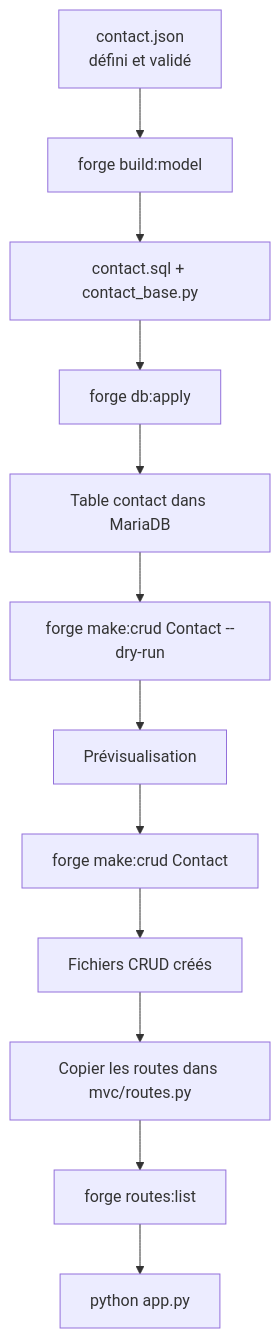
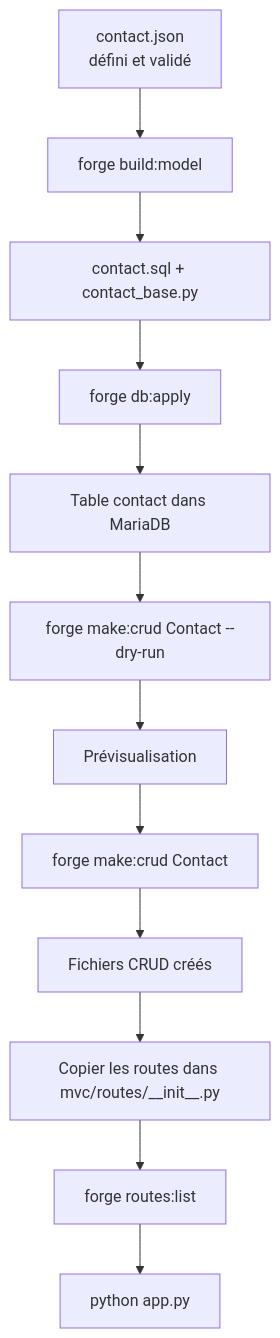
The diagram in docs/features/crud.md (caucrogeGit/Forge), drawn with Mermaid before and after one commit. The commit also changed other lines of this file and 50 other files, not shown here.

First line of the commit message:
docs: migrer les références mvc/routes.py vers mvc/routes/__init__.py (ADR-068)

````diff
--- a/docs/features/crud.md
+++ b/docs/features/crud.md
@@ -24,14 +24,14 @@
 ```mermaid
 flowchart TD
     A["contact.json<br/>défini et validé"] --> B["forge build:model"]
     B --> C["contact.sql + contact_base.py"]
     C --> D["forge db:apply"]
     D --> E["Table contact dans MariaDB"]
     E --> F["forge make:crud Contact --dry-run"]
     F --> G["Prévisualisation"]
     G --> H["forge make:crud Contact"]
     H --> I["Fichiers CRUD créés"]
-    I --> J["Copier les routes dans mvc/routes.py"]
+    I --> J["Copier les routes dans mvc/routes/__init__.py"]
     J --> K["forge routes:list"]
     K --> L["python app.py"]
 ```
````
